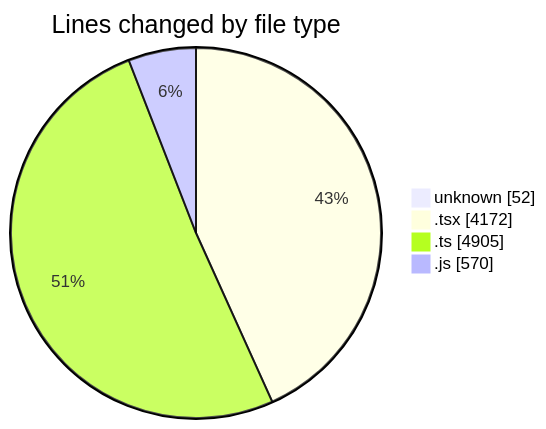
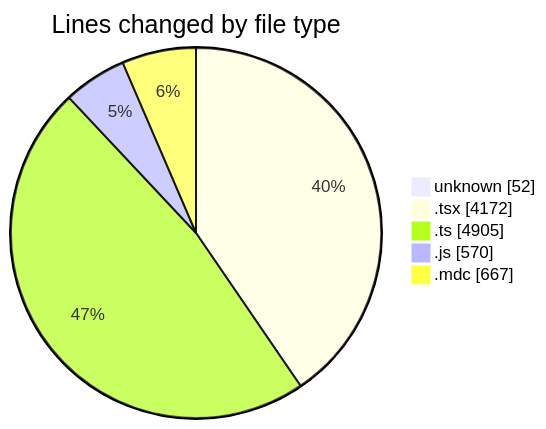
Before and after one commit to CELIANVF/code-tracking: the first of 2 diagrams in 2025-06-02/ecodeli-1/README.md, drawn with Mermaid. The commit also changed other lines of this file and 1 other file, not shown here.

````diff
--- a/2025-06-02/ecodeli-1/README.md
+++ b/2025-06-02/ecodeli-1/README.md
@@ -63,8 +66,9 @@
 ```mermaid
 pie showData
 title Lines changed by file type
 "unknown" : 52
 ".tsx" : 4172
 ".ts" : 4905
 ".js" : 570
+".mdc" : 667
 ```
````
